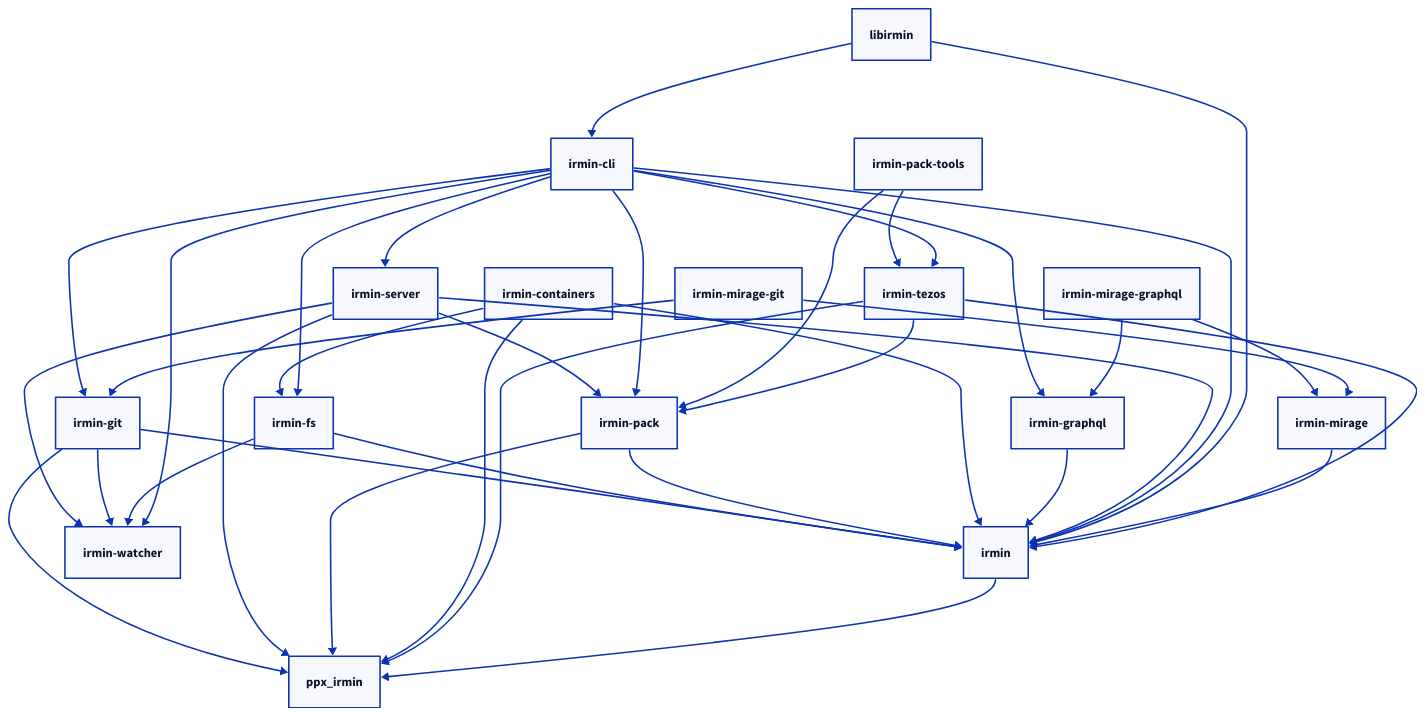
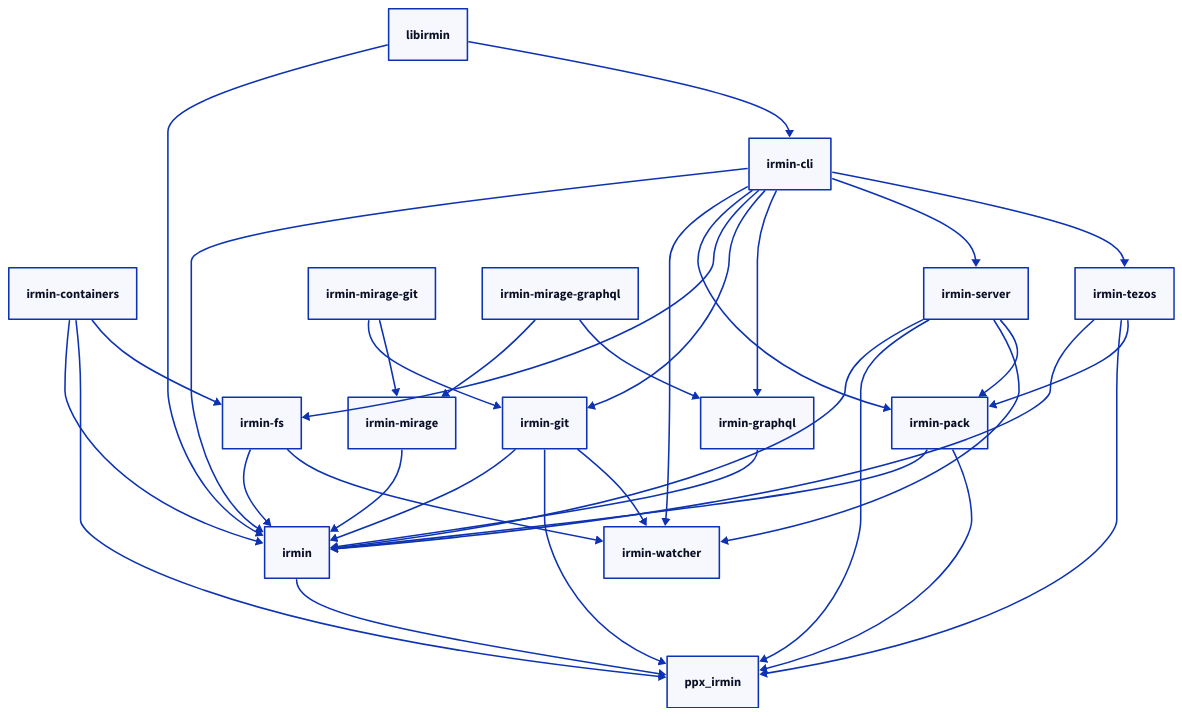
The diagram in irmin.d2 (mirage/irmin), drawn with D2 before and after one commit. The commit also changed 2 other files, not shown here.

Commit message:
Remove irmin-pack-tools from the picture

```diff
--- a/irmin.d2
+++ b/irmin.d2
@@ -1,48 +1,46 @@
 direction: down
 
 irmin-fs -> irmin
 irmin-git -> irmin
 irmin-pack -> irmin
 irmin-containers -> irmin
 irmin-graphql -> irmin
 irmin-server -> irmin
 irmin-cli -> irmin
 libirmin -> irmin
 irmin-mirage -> irmin
 irmin-tezos -> irmin
 
 irmin-git -> ppx_irmin
 irmin-server -> ppx_irmin
 irmin-pack -> ppx_irmin
 irmin-containers -> ppx_irmin
 irmin-tezos -> ppx_irmin
 irmin -> ppx_irmin
 
 irmin-server -> irmin-watcher
 irmin-git -> irmin-watcher
 irmin-fs -> irmin-watcher
 irmin-cli -> irmin-watcher
 
 irmin-server -> irmin-pack
 irmin-cli -> irmin-pack
-irmin-pack-tools -> irmin-pack
 irmin-tezos -> irmin-pack
 
 irmin-containers -> irmin-fs
 irmin-cli -> irmin-fs
 
 irmin-cli -> irmin-git
 irmin-mirage-git -> irmin-git
 
+irmin-mirage-graphql -> irmin-mirage
+irmin-mirage-git -> irmin-mirage
+
 irmin-cli -> irmin-graphql
 irmin-mirage-graphql -> irmin-graphql
-
-irmin-mirage-graphql -> irmin-mirage
-irmin-mirage-git -> irmin-mirage
 
 irmin-cli -> irmin-server
 
 libirmin -> irmin-cli
 
-irmin-pack-tools -> irmin-tezos
 irmin-cli -> irmin-tezos
```
